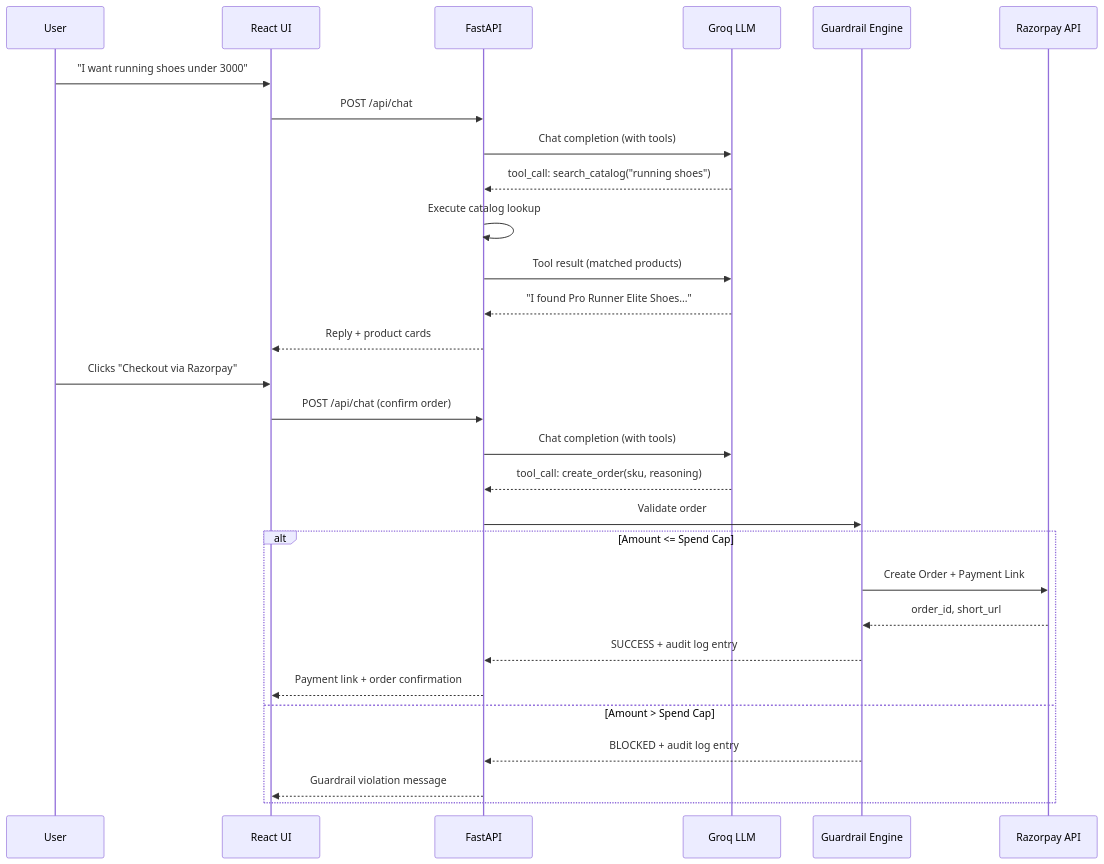
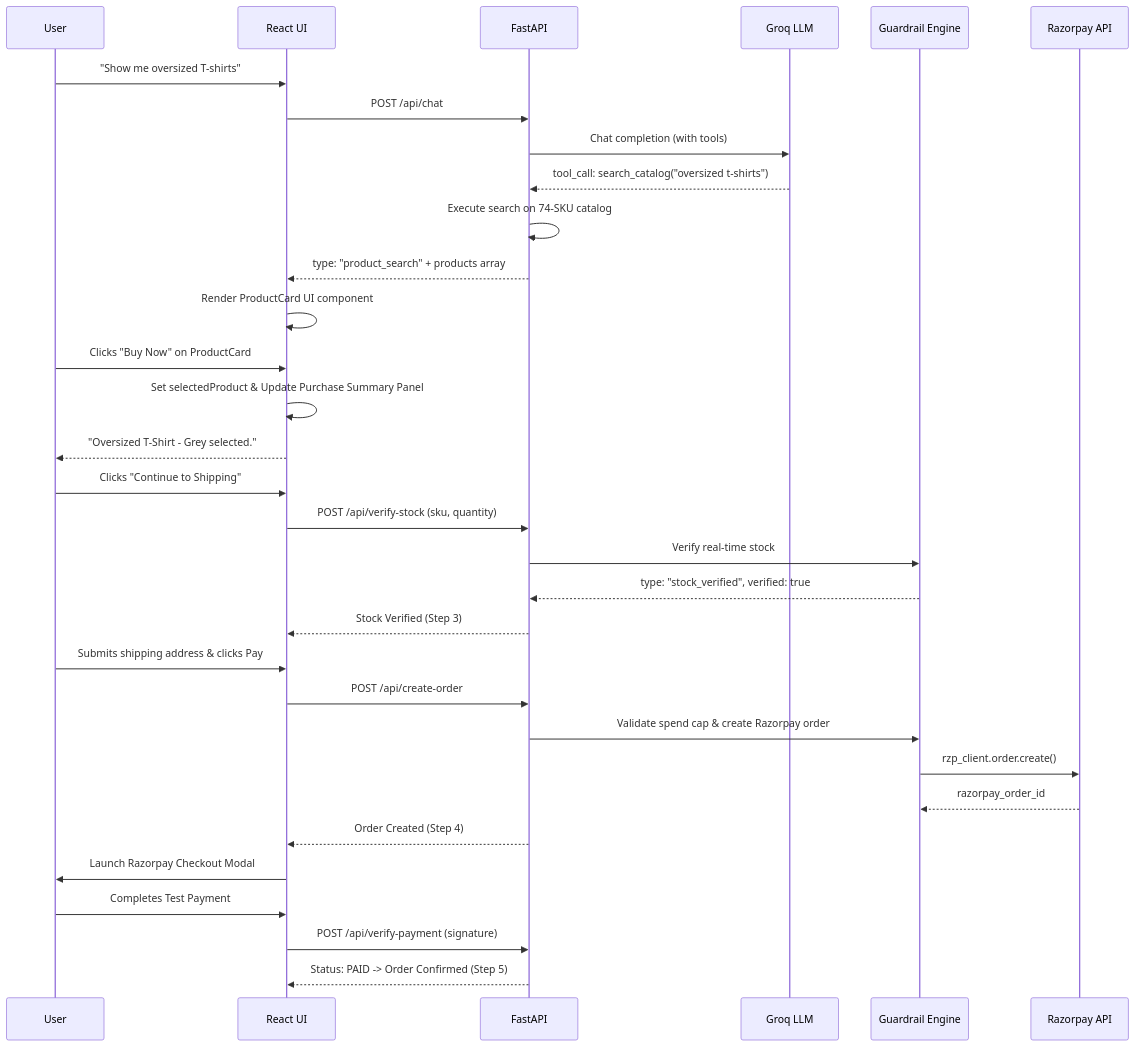
One commit to Vijajraj/Razorpay_checkout_agent changed the second of 3 diagrams in README.md. Above: the diagram before and after it, drawn with Mermaid. The commit also changed other lines of this file, not shown here.

Commit message:
docs: update README with structured response architecture, stock verification API, and system diagrams

````diff
--- a/README.md
+++ b/README.md
@@ -54,34 +104,39 @@
 ```mermaid
 sequenceDiagram
     participant User
     participant React UI
     participant FastAPI
     participant Groq LLM
     participant Guardrail Engine
     participant Razorpay API
 
-    User->>React UI: "I want running shoes under 3000"
+    User->>React UI: "Show me oversized T-shirts"
     React UI->>FastAPI: POST /api/chat
     FastAPI->>Groq LLM: Chat completion (with tools)
-    Groq LLM-->>FastAPI: tool_call: search_catalog("running shoes")
-    FastAPI->>FastAPI: Execute catalog lookup
-    FastAPI->>Groq LLM: Tool result (matched products)
-    Groq LLM-->>FastAPI: "I found Pro Runner Elite Shoes..."
-    FastAPI-->>React UI: Reply + product cards
+    Groq LLM-->>FastAPI: tool_call: search_catalog("oversized t-shirts")
+    FastAPI->>FastAPI: Execute search on 74-SKU catalog
+    FastAPI-->>React UI: type: "product_search" + products array
+    React UI->>React UI: Render ProductCard UI component
 
-    User->>React UI: Clicks "Checkout via Razorpay"
-    React UI->>FastAPI: POST /api/chat (confirm order)
-    FastAPI->>Groq LLM: Chat completion (with tools)
-    Groq LLM-->>FastAPI: tool_call: create_order(sku, reasoning)
-    FastAPI->>Guardrail Engine: Validate order
+    User->>React UI: Clicks "Buy Now" on ProductCard
+    React UI->>React UI: Set selectedProduct & Update Purchase Summary Panel
+    React UI-->>User: "Oversized T-Shirt - Grey selected."
 
-    alt Amount <= Spend Cap
-        Guardrail Engine->>Razorpay API: Create Order + Payment Link
-        Razorpay API-->>Guardrail Engine: order_id, short_url
-        Guardrail Engine-->>FastAPI: SUCCESS + audit log entry
-        FastAPI-->>React UI: Payment link + order confirmation
-    else Amount > Spend Cap
-        Guardrail Engine-->>FastAPI: BLOCKED + audit log entry
-        FastAPI-->>React UI: Guardrail violation message
-    end
+    User->>React UI: Clicks "Continue to Shipping"
+    React UI->>FastAPI: POST /api/verify-stock (sku, quantity)
+    FastAPI->>Guardrail Engine: Verify real-time stock
+    Guardrail Engine-->>FastAPI: type: "stock_verified", verified: true
+    FastAPI-->>React UI: Stock Verified (Step 3)
+
+    User->>React UI: Submits shipping address & clicks Pay
+    React UI->>FastAPI: POST /api/create-order
+    FastAPI->>Guardrail Engine: Validate spend cap & create Razorpay order
+    Guardrail Engine->>Razorpay API: rzp_client.order.create()
+    Razorpay API-->>Guardrail Engine: razorpay_order_id
+    FastAPI-->>React UI: Order Created (Step 4)
+
+    React UI->>User: Launch Razorpay Checkout Modal
+    User->>React UI: Completes Test Payment
+    React UI->>FastAPI: POST /api/verify-payment (signature)
+    FastAPI-->>React UI: Status: PAID -> Order Confirmed (Step 5)
 ```
````
